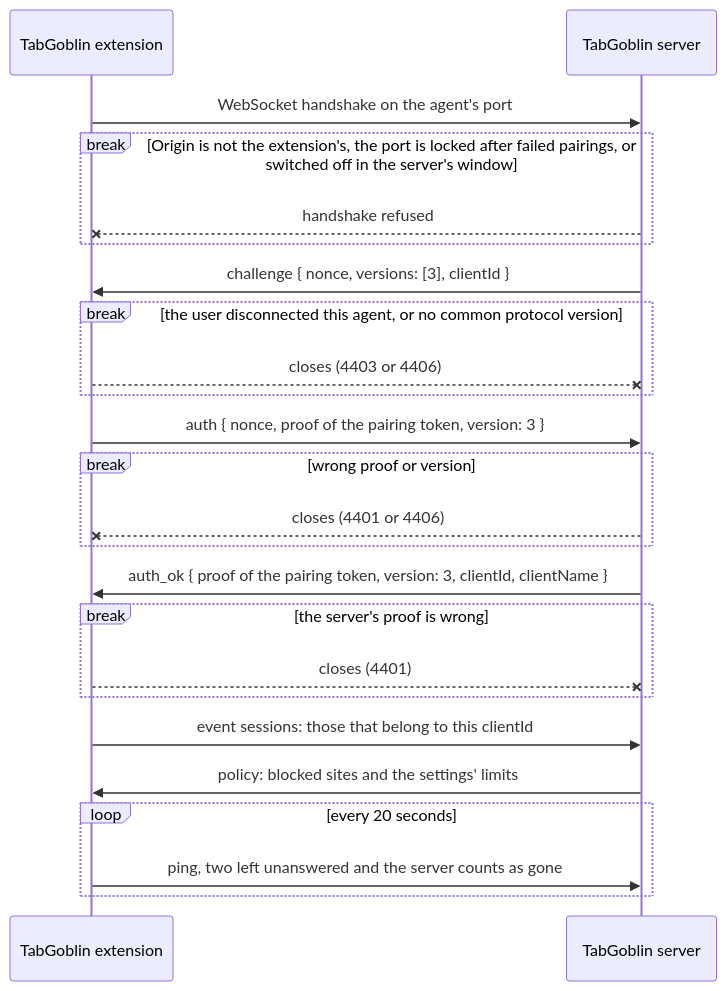
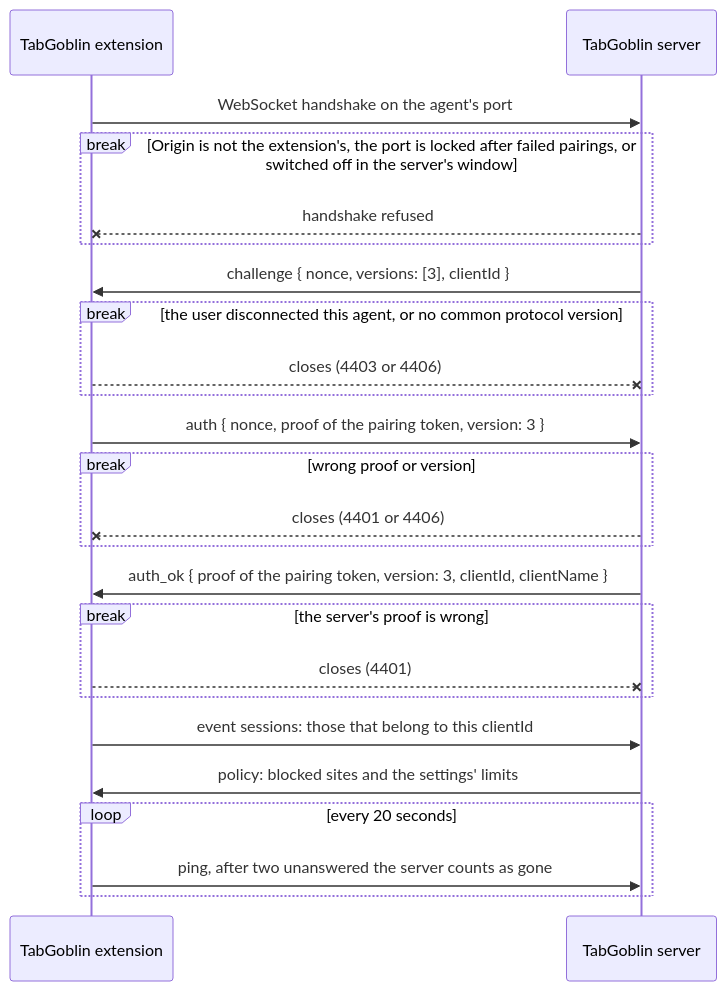
The second of 8 diagrams in docs/architecture.md (LaughingManCommits/TabGoblin), drawn with Mermaid before and after one commit. The commit also changed other lines of this file and 11 other files, not shown here.

First line of the commit message:
Align the diagrams: even legends, labels clear of borders, notes that fit

````diff
--- a/docs/architecture.md
+++ b/docs/architecture.md
@@ -178,26 +178,26 @@
 ```mermaid
 sequenceDiagram
   participant E as TabGoblin extension
   participant S as TabGoblin server
   E->>S: WebSocket handshake on the agent's port
   break Origin is not the extension's, the port is locked after failed pairings, or switched off in the server's window
     S--xE: handshake refused
   end
   S->>E: challenge { nonce, versions: [3], clientId }
   break the user disconnected this agent, or no common protocol version
     E--xS: closes (4403 or 4406)
   end
   E->>S: auth { nonce, proof of the pairing token, version: 3 }
   break wrong proof or version
     S--xE: closes (4401 or 4406)
   end
   S->>E: auth_ok { proof of the pairing token, version: 3, clientId, clientName }
   break the server's proof is wrong
     E--xS: closes (4401)
   end
   E->>S: event sessions: those that belong to this clientId
   S->>E: policy: blocked sites and the settings' limits
   loop every 20 seconds
-    E->>S: ping, two left unanswered and the server counts as gone
+    E->>S: ping, after two unanswered the server counts as gone
   end
 ```
````
